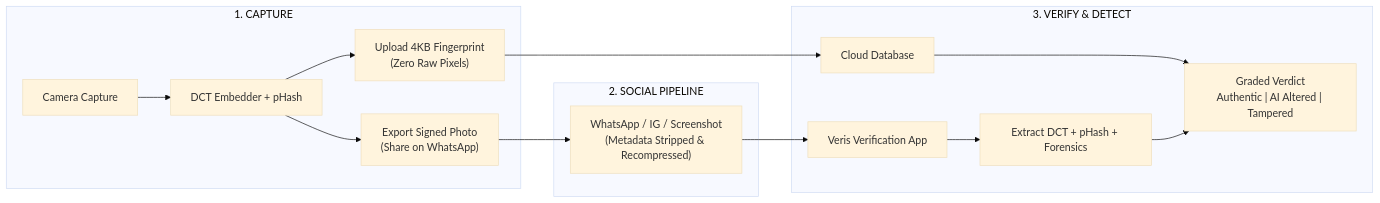
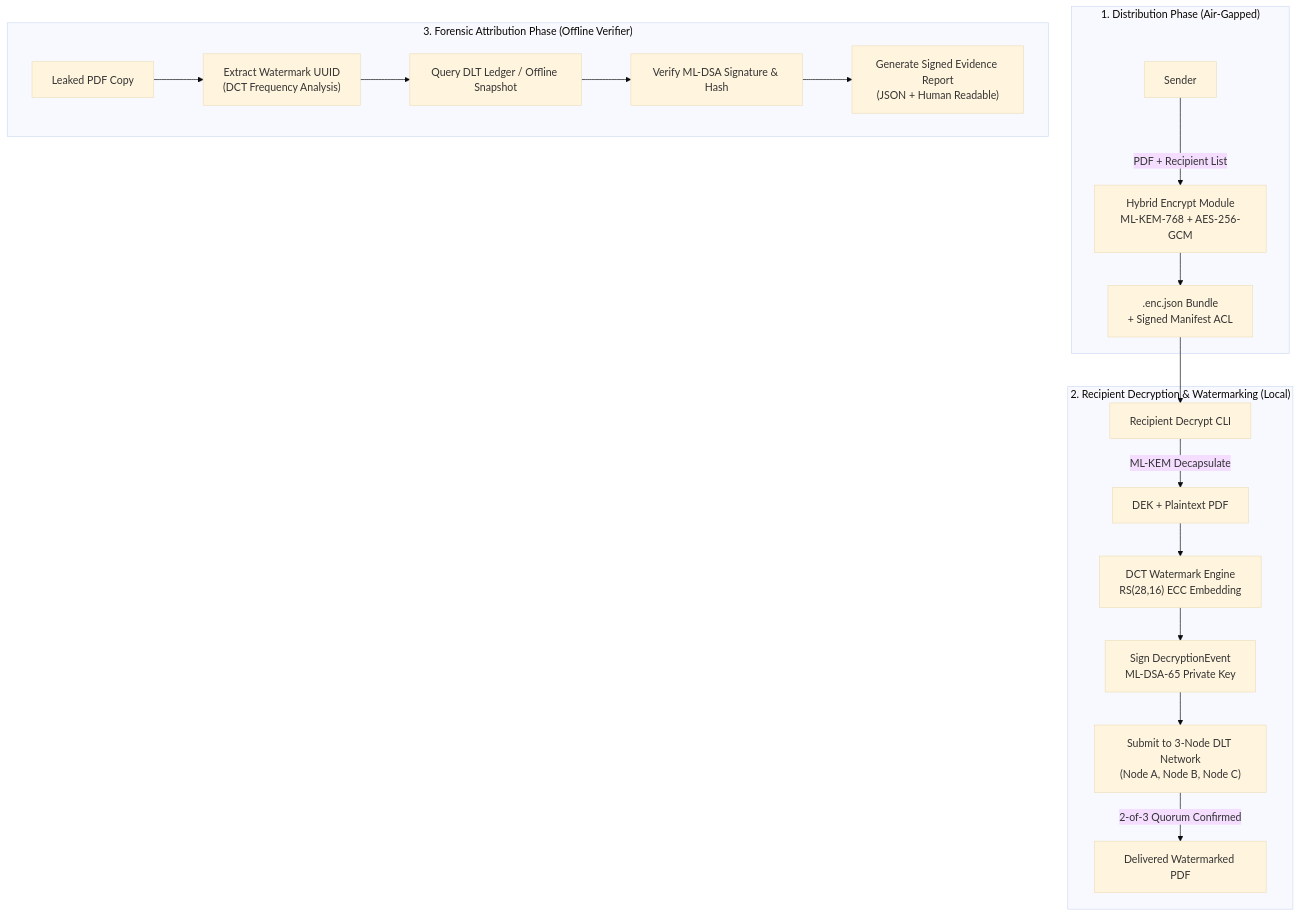
One commit to s4sahiko/veris changed the second of 4 diagrams in README.md. Above: the diagram before and after it, drawn with Mermaid (base theme). The commit also changed other lines of this file, not shown here.

````diff
--- a/README.md
+++ b/README.md
@@ -554,19 +79,24 @@
 ```mermaid
-flowchart LR
-    subgraph Step1 ["1. CAPTURE"]
-        C1["Camera Capture"] --> C2["DCT Embedder + pHash"]
-        C2 --> C3["Export Signed Photo<br/>(Share on WhatsApp)"]
-        C2 --> C4["Upload 4KB Fingerprint<br/>(Zero Raw Pixels)"]
+flowchart TD
+    subgraph Sub1 ["1. Distribution Phase (Air-Gapped)"]
+        S["Sender"] -->|"PDF + Recipient List"| ENC["Hybrid Encrypt Module<br/>ML-KEM-768 + AES-256-GCM"]
+        ENC --> BUNDLE[".enc.json Bundle<br/>+ Signed Manifest ACL"]
     end
-    
-    subgraph Step2 ["2. SOCIAL PIPELINE"]
-        C3 --> S1["WhatsApp / IG / Screenshot<br/>(Metadata Stripped & Recompressed)"]
+
+    subgraph Sub2 ["2. Recipient Decryption & Watermarking (Local)"]
+        BUNDLE --> R["Recipient Decrypt CLI"]
+        R -->|"ML-KEM Decapsulate"| DEK["DEK + Plaintext PDF"]
+        DEK --> WM["DCT Watermark Engine<br/>RS(28,16) ECC Embedding"]
+        WM --> SIG["Sign DecryptionEvent<br/>ML-DSA-65 Private Key"]
+        SIG --> DLT["Submit to 3-Node DLT Network<br/>(Node A, Node B, Node C)"]
+        DLT -->|"2-of-3 Quorum Confirmed"| OUT["Delivered Watermarked PDF"]
     end
-    
-    subgraph Step3 ["3. VERIFY & DETECT"]
-        S1 --> V1["Veris Verification App"]
-        V1 --> V2["Extract DCT + pHash + Forensics"]
-        C4 --> V3["Cloud Database"]
-        V3 & V2 --> V4["Graded Verdict<br/>Authentic | AI Altered | Tampered"]
+
+    subgraph Sub3 ["3. Forensic Attribution Phase (Offline Verifier)"]
+        LEAK["Leaked PDF Copy"] --> EXT["Extract Watermark UUID<br/>(DCT Frequency Analysis)"]
+        EXT --> LOOKUP["Query DLT Ledger / Offline Snapshot"]
+        LOOKUP --> VERIFY["Verify ML-DSA Signature & Hash"]
+        VERIFY --> REP["Generate Signed Evidence Report<br/>(JSON + Human Readable)"]
     end
+
 ```
````
